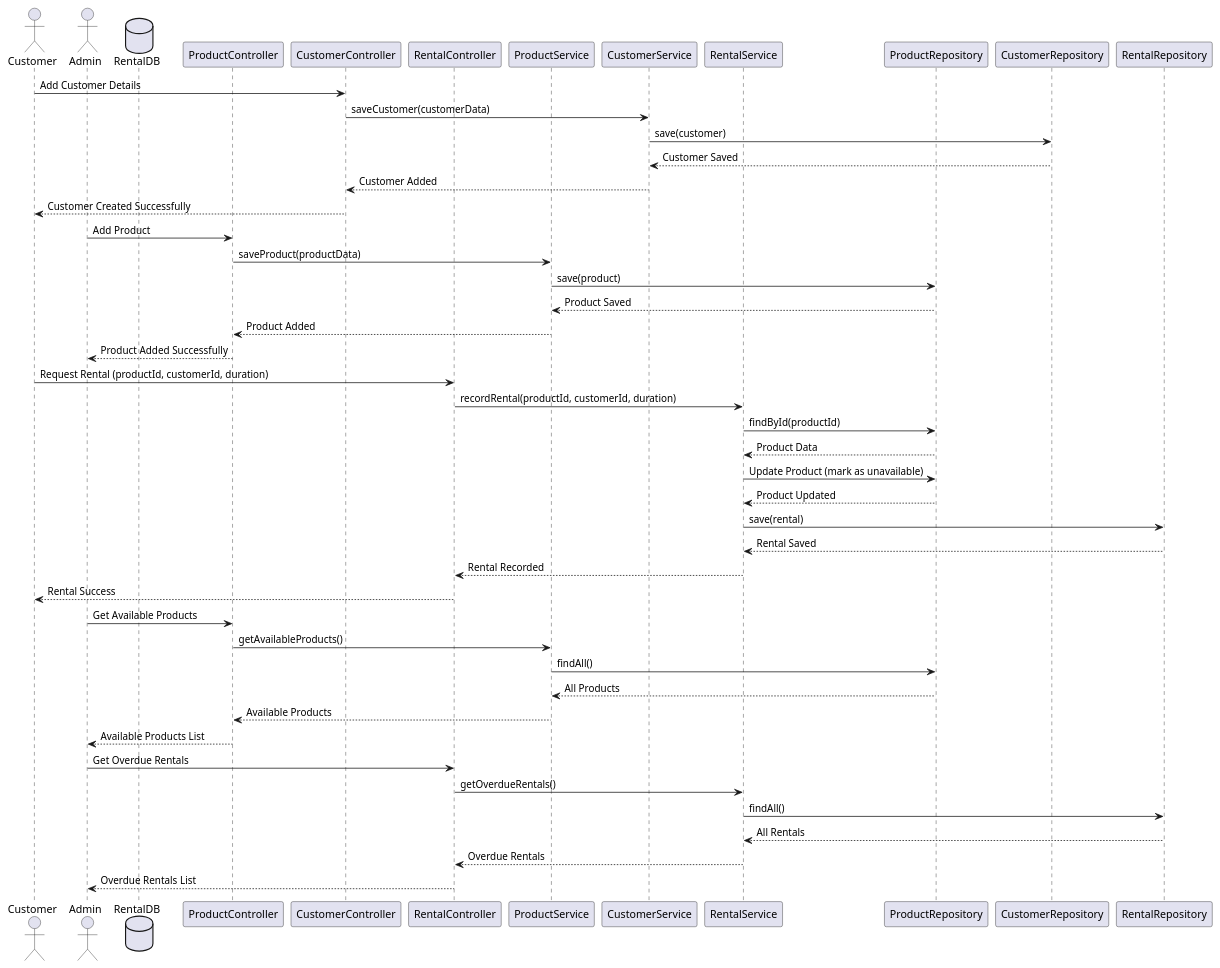
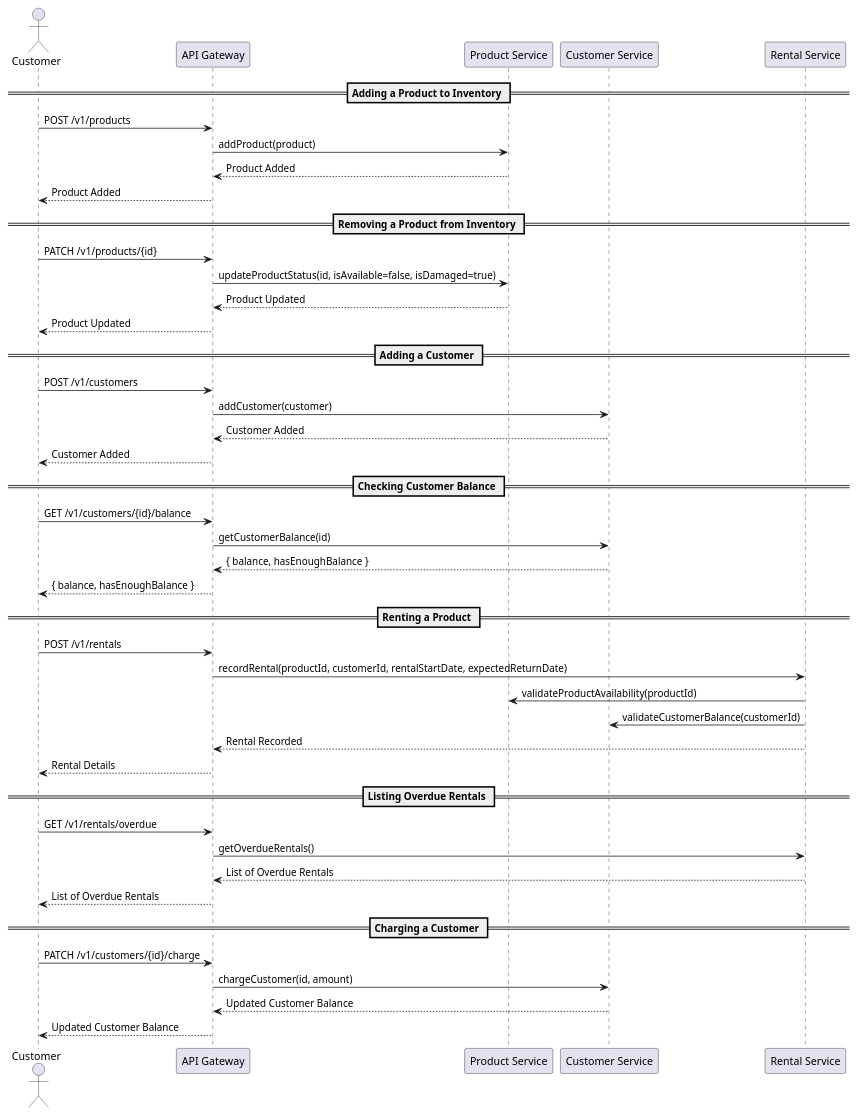
Before and after one commit to randeep-k11/system-design-LLD: the diagram in bike-or-car-rental-shop/src/main/resources/images/Bike_Rental_Sequence_Diagram.puml, drawn with PlantUML. The commit also changed other lines of this file and 20 other files, not shown here.

```diff
--- a/bike-or-car-rental-shop/src/main/resources/images/Bike_Rental_Sequence_Diagram.puml
+++ b/bike-or-car-rental-shop/src/main/resources/images/Bike_Rental_Sequence_Diagram.puml
@@ -2,57 +1,52 @@
 @startuml
 actor Customer
-actor Admin
 
-database RentalDB
+participant "API Gateway" as APIG
+participant "Product Service" as PS
+participant "Customer Service" as CS
+participant "Rental Service" as RS
 
-participant "ProductController" as ProductC
-participant "CustomerController" as CustomerC
-participant "RentalController" as RentalC
+== Adding a Product to Inventory ==
+Customer -> APIG: POST /v1/products
+APIG -> PS: addProduct(product)
+PS --> APIG: Product Added
+APIG --> Customer: Product Added
 
-participant "ProductService" as ProductS
-participant "CustomerService" as CustomerS
-participant "RentalService" as RentalS
+== Removing a Product from Inventory ==
+Customer -> APIG: PATCH /v1/products/{id}
+APIG -> PS: updateProductStatus(id, isAvailable=false, isDamaged=true)
+PS --> APIG: Product Updated
+APIG --> Customer: Product Updated
 
-participant "ProductRepository" as ProductRepo
-participant "CustomerRepository" as CustomerRepo
-participant "RentalRepository" as RentalRepo
+== Adding a Customer ==
+Customer -> APIG: POST /v1/customers
+APIG -> CS: addCustomer(customer)
+CS --> APIG: Customer Added
+APIG --> Customer: Customer Added
 
-Customer -> CustomerC: Add Customer Details
-CustomerC -> CustomerS: saveCustomer(customerData)
-CustomerS -> CustomerRepo: save(customer)
-CustomerRepo --> CustomerS: Customer Saved
-CustomerS --> CustomerC: Customer Added
-CustomerC --> Customer: Customer Created Successfully
+== Checking Customer Balance ==
+Customer -> APIG: GET /v1/customers/{id}/balance
+APIG -> CS: getCustomerBalance(id)
+CS --> APIG: { balance, hasEnoughBalance }
+APIG --> Customer: { balance, hasEnoughBalance }
 
-Admin -> ProductC: Add Product
-ProductC -> ProductS: saveProduct(productData)
-ProductS -> ProductRepo: save(product)
-ProductRepo --> ProductS: Product Saved
-ProductS --> ProductC: Product Added
-ProductC --> Admin: Product Added Successfully
+== Renting a Product ==
+Customer -> APIG: POST /v1/rentals
+APIG -> RS: recordRental(productId, customerId, rentalStartDate, expectedReturnDate)
+RS -> PS: validateProductAvailability(productId)
+RS -> CS: validateCustomerBalance(customerId)
+RS --> APIG: Rental Recorded
+APIG --> Customer: Rental Details
 
-Customer -> RentalC: Request Rental (productId, customerId, duration)
-RentalC -> RentalS: recordRental(productId, customerId, duration)
-RentalS -> ProductRepo: findById(productId)
-ProductRepo --> RentalS: Product Data
-RentalS -> ProductRepo: Update Product (mark as unavailable)
-ProductRepo --> RentalS: Product Updated
-RentalS -> RentalRepo: save(rental)
-RentalRepo --> RentalS: Rental Saved
-RentalS --> RentalC: Rental Recorded
-RentalC --> Customer: Rental Success
+== Listing Overdue Rentals ==
+Customer -> APIG: GET /v1/rentals/overdue
+APIG -> RS: getOverdueRentals()
+RS --> APIG: List of Overdue Rentals
+APIG --> Customer: List of Overdue Rentals
 
-Admin -> ProductC: Get Available Products
-ProductC -> ProductS: getAvailableProducts()
-ProductS -> ProductRepo: findAll()
-ProductRepo --> ProductS: All Products
-ProductS --> ProductC: Available Products
-ProductC --> Admin: Available Products List
-
-Admin -> RentalC: Get Overdue Rentals
-RentalC -> RentalS: getOverdueRentals()
-RentalS -> RentalRepo: findAll()
-RentalRepo --> RentalS: All Rentals
-RentalS --> RentalC: Overdue Rentals
-RentalC --> Admin: Overdue Rentals List
+== Charging a Customer ==
+Customer -> APIG: PATCH /v1/customers/{id}/charge
+APIG -> CS: chargeCustomer(id, amount)
+CS --> APIG: Updated Customer Balance
+APIG --> Customer: Updated Customer Balance
 @enduml
```
